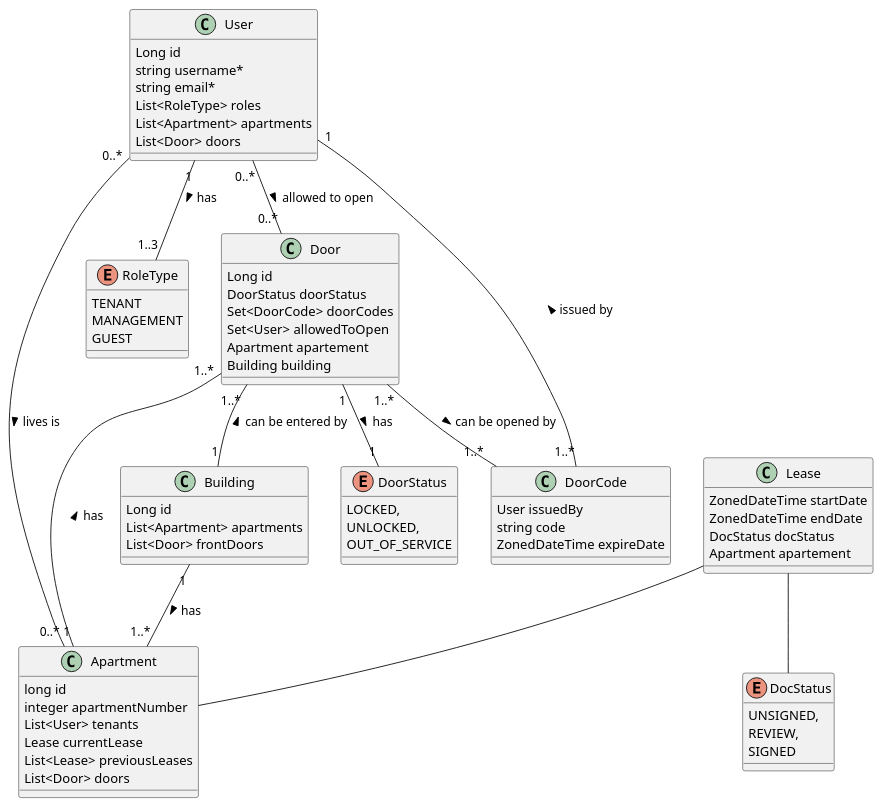
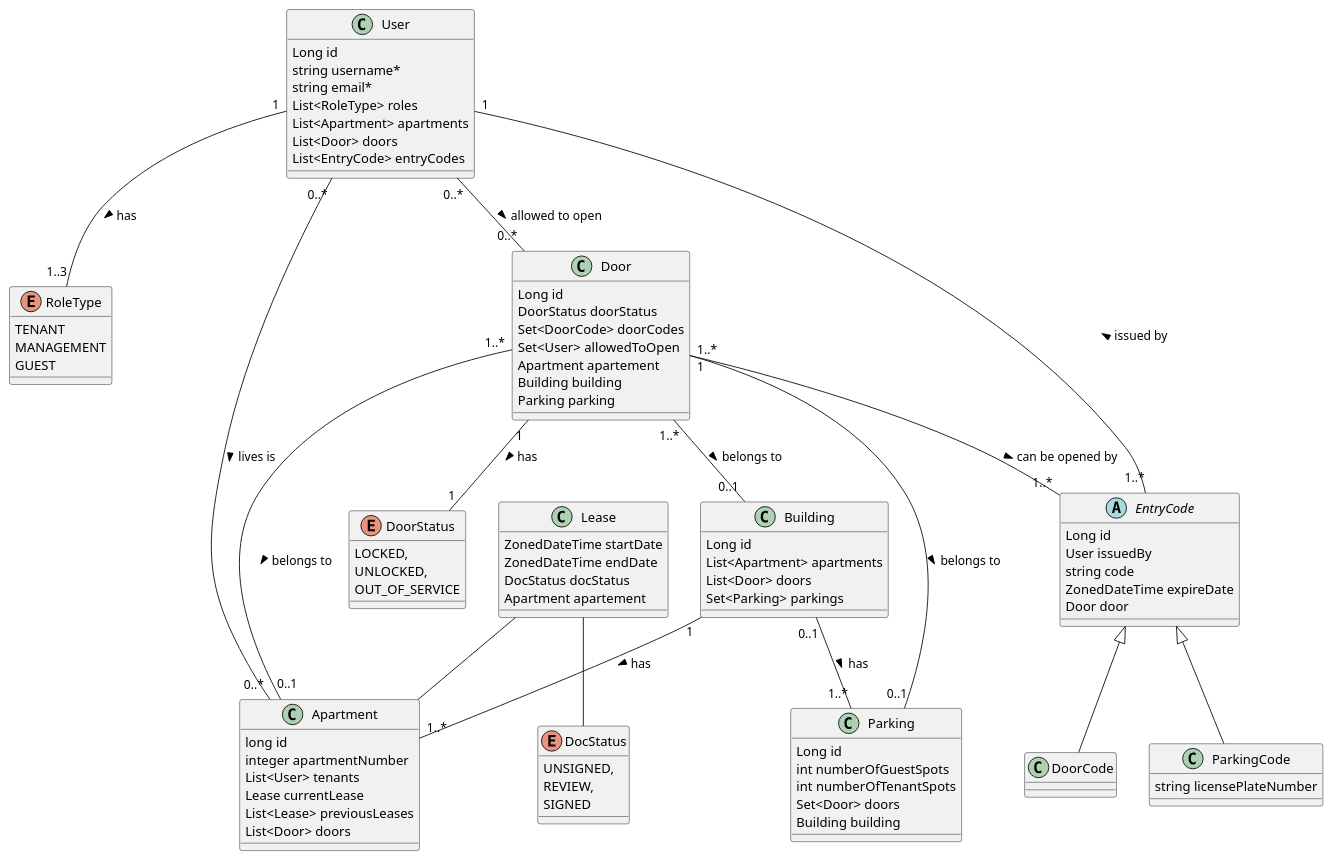
Before and after one commit to seancampbell3161/DSD-app: the diagram in super_backend/model.puml, drawn with PlantUML. The commit also changed 52 other files, not shown here.

```diff
--- a/super_backend/model.puml
+++ b/super_backend/model.puml
@@ -1,85 +1,107 @@
 @startuml
 class User{
 Long id
 string username*
 string email*
 List<RoleType> roles
 List<Apartment> apartments
 List<Door> doors
+List<EntryCode> entryCodes
+}
+
+enum RoleType{
+TENANT
+MANAGEMENT
+GUEST
 }
 
 class Apartment {
 long id
 integer apartmentNumber
 List<User> tenants
 Lease currentLease
 List<Lease> previousLeases
 List<Door> doors
 }
 
-enum RoleType{
-TENANT
-MANAGEMENT
-GUEST
+
+
+class Building {
+Long id
+List<Apartment> apartments
+List<Door> doors
+Set<Parking> parkings
 }
 
+class Door{
+Long id
+DoorStatus doorStatus
+Set<DoorCode> doorCodes
+Set<User> allowedToOpen
+Apartment apartement
+Building building
+Parking parking
+}
 
+class Parking {
+Long id
+int numberOfGuestSpots
+int numberOfTenantSpots
+Set<Door> doors
+Building building
+}
+
+enum DoorStatus{
+LOCKED,
+UNLOCKED,
+OUT_OF_SERVICE
+}
+
+abstract class EntryCode {
+Long id
+User issuedBy
+string code
+ZonedDateTime expireDate
+Door door
+}
+
+class DoorCode extends EntryCode {
+}
+
+class ParkingCode extends EntryCode {
+string licensePlateNumber
+}
 
 class Lease {
 ZonedDateTime startDate
 ZonedDateTime endDate
 DocStatus docStatus
 Apartment apartement
 }
 
 enum DocStatus {
 UNSIGNED,
 REVIEW,
 SIGNED
 }
 
-class Building {
-Long id
-List<Apartment> apartments
-List<Door> frontDoors
-}
-
-class Door{
-Long id
-DoorStatus doorStatus
-Set<DoorCode> doorCodes
-Set<User> allowedToOpen
-Apartment apartement
-Building building
-}
-
-enum DoorStatus{
-LOCKED,
-UNLOCKED,
-OUT_OF_SERVICE
-}
-
-class DoorCode {
-User issuedBy
-string code
-ZonedDateTime expireDate
-}
-
 
 
 User "1" -- "1..3" RoleType : > has
 Lease -- DocStatus
 Lease -- Apartment
 User "0..*" -- "0..*" Apartment : > lives is
 Building "1" -- "1..*" Apartment : > has
-Door "1..*" -- "1" Building : < can be entered by
-Door "1..*" -- "1" Apartment: < has
+Door "1..*" -- "0..1" Building : > belongs to
+Door "1..*" -- "0..1" Apartment: > belongs to
 Door "1" -- "1" DoorStatus : > has
-Door "1..*" -- "1..*" DoorCode : > can be opened by
-DoorCode "1..*" -- "1" User :  > issued by
+Door "1..*" -- "1..*" EntryCode : > can be opened by
+EntryCode "1..*" -- "1" User :  > issued by
 User "0..*" -- "0..*" Door : > allowed to open
+Building "0..1" -- "1..*" Parking : > has
+Parking "0..1" -- "1" Door : < belongs to
 
 
 
 
 @enduml
```
